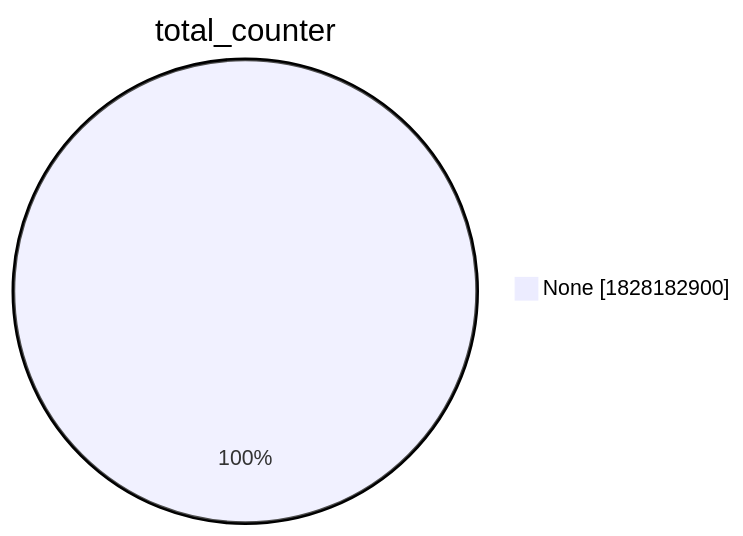
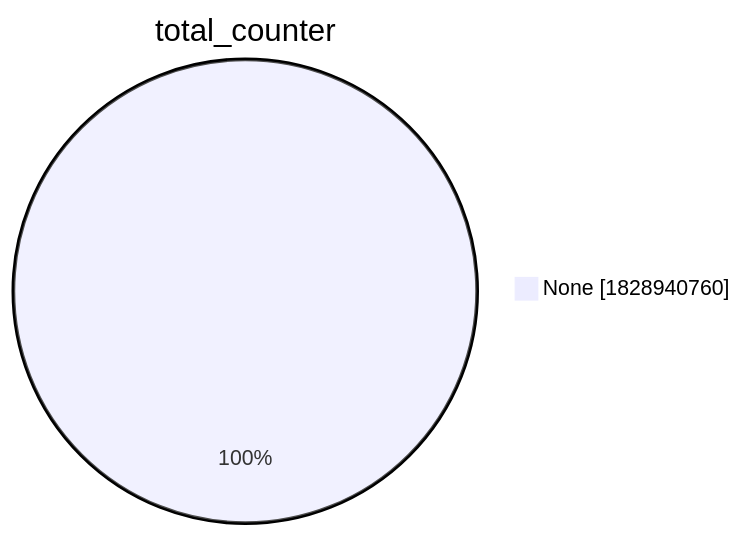
Before and after one commit to christiankrug/ctmonitor_visualization: the second of 15 diagrams in xenon2022/README.md, drawn with Mermaid. The commit also changed other lines of this file, not shown here.

````diff
--- a/xenon2022/README.md
+++ b/xenon2022/README.md
@@ -9,5 +9,5 @@
 ```mermaid
 pie showData
 title total_counter
-"None" :1828182900
+"None" :1828940760
 ```
````
